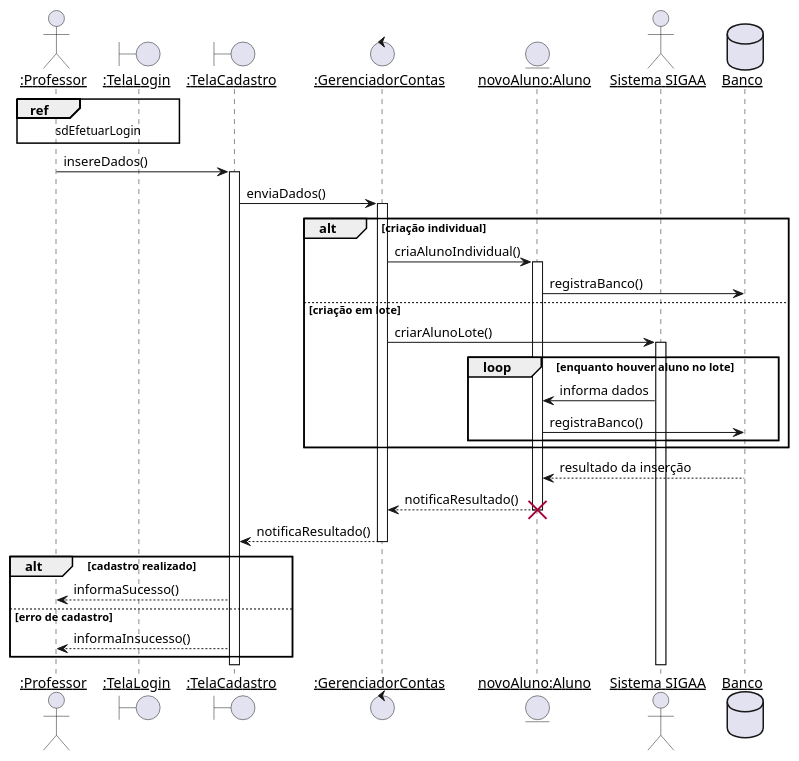
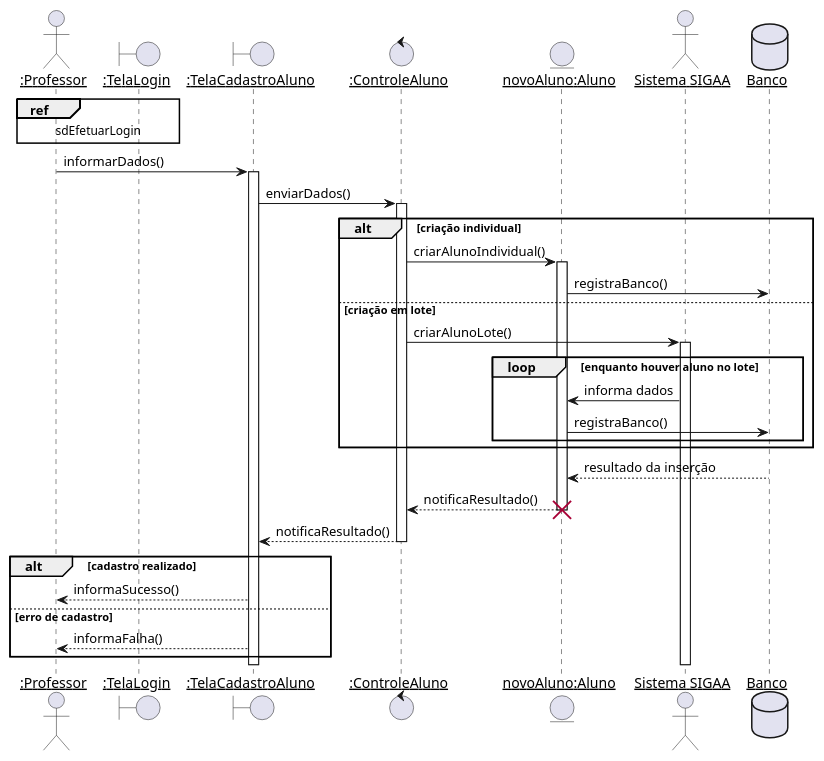
Before and after one commit to Pedro-V/projetorium: the diagram in diagramas/sequencia/manter_aluno.puml, drawn with PlantUML. The commit also changed 4 other files, not shown here.

Commit message:
Diagrama de classe de projeto e diagramas de sequência atualizados

```diff
--- a/diagramas/sequencia/manter_aluno.puml
+++ b/diagramas/sequencia/manter_aluno.puml
@@ -1,36 +1,36 @@
 @startuml
 skinparam sequenceParticipant underline
 
 actor ":Professor"  as Professor
 boundary ":TelaLogin"   as TelaLogin
-boundary ":TelaCadastro"    as TelaCadastro
-control ":GerenciadorContas" as GerenciadorContas
+boundary ":TelaCadastroAluno"    as TelaCadastroAluno
+control ":ControleAluno" as ControleAluno
 entity "novoAluno:Aluno" as novoAluno
 actor "Sistema SIGAA" as SIGAA
 database Banco
 
 ref over Professor, TelaLogin : sdEfetuarLogin
 
-Professor -> TelaCadastro ++: insereDados()
-TelaCadastro -> GerenciadorContas ++: enviaDados()
+Professor -> TelaCadastroAluno ++: informarDados()
+TelaCadastroAluno -> ControleAluno ++: enviarDados()
 alt criação individual
-    GerenciadorContas -> novoAluno ++: criaAlunoIndividual()
+    ControleAluno -> novoAluno ++: criarAlunoIndividual()
     novoAluno -> Banco : registraBanco()
 else criação em lote
-    GerenciadorContas -> SIGAA ++: criarAlunoLote()
+    ControleAluno -> SIGAA ++: criarAlunoLote()
     loop enquanto houver aluno no lote
         SIGAA -> novoAluno : informa dados
         novoAluno -> Banco : registraBanco()
     end
 end
 Banco --> novoAluno : resultado da inserção
-novoAluno --> GerenciadorContas --: notificaResultado()
+novoAluno --> ControleAluno --: notificaResultado()
 destroy novoAluno
-GerenciadorContas --> TelaCadastro --: notificaResultado()
+ControleAluno --> TelaCadastroAluno --: notificaResultado()
 
 alt cadastro realizado
-    TelaCadastro --> Professor : informaSucesso()
+    TelaCadastroAluno --> Professor : informaSucesso()
 else erro de cadastro
-    TelaCadastro --> Professor : informaInsucesso()
+    TelaCadastroAluno --> Professor : informaFalha()
 end
 @enduml
```
